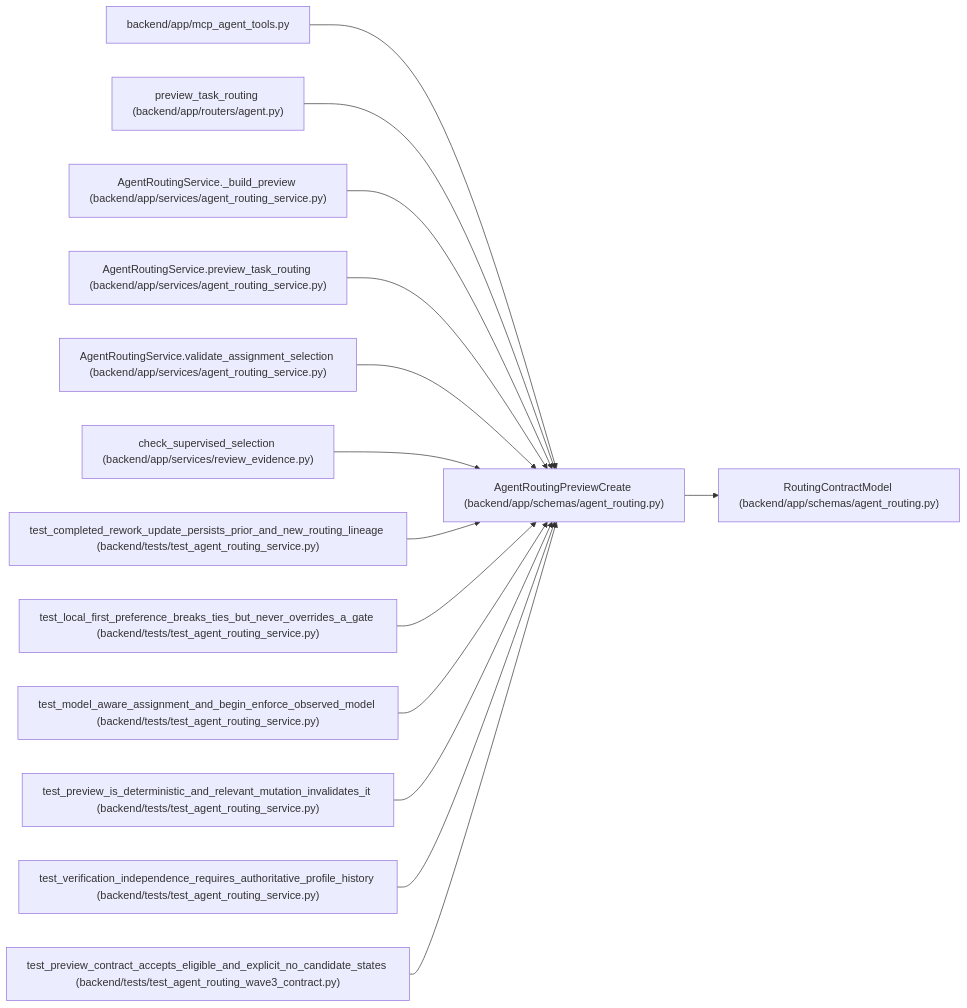
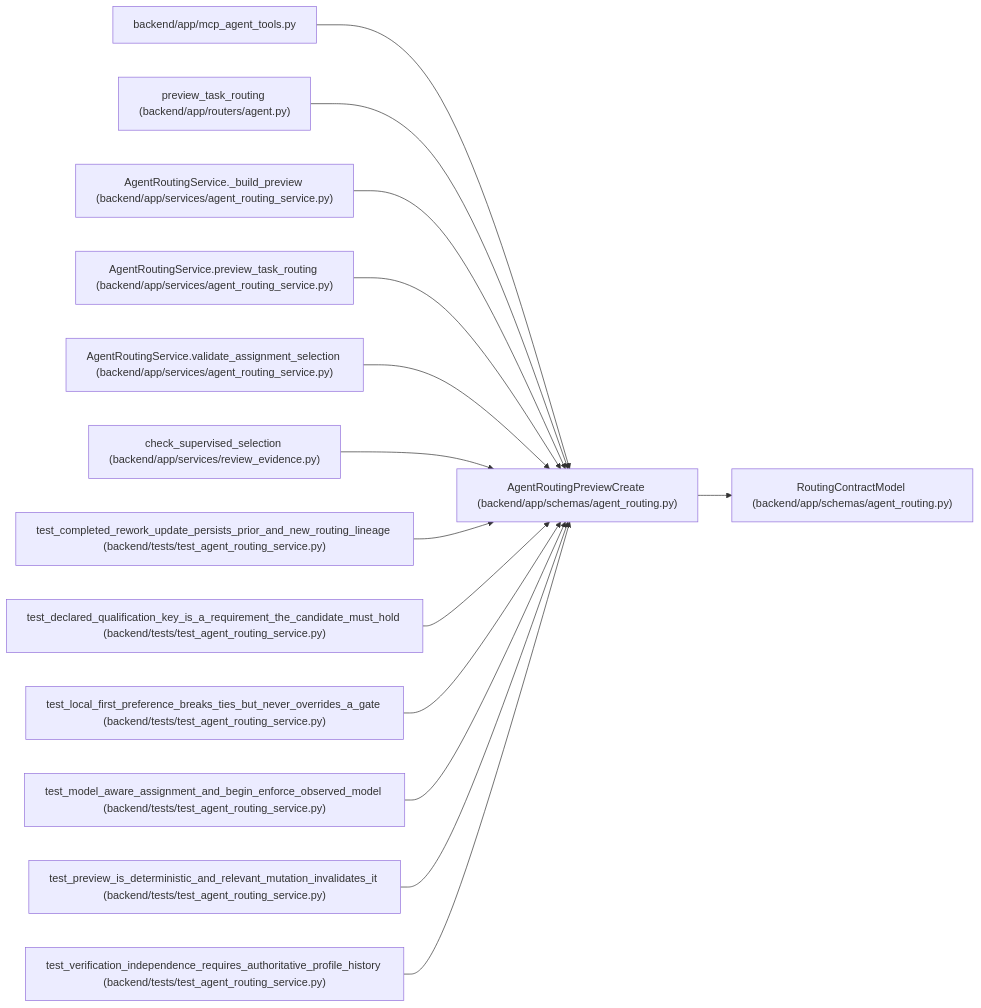
One commit to Denissvgn/WorkChord changed the diagram in docs/llm_wiki/entities/agent_routing_AgentRoutingPreviewCreate.md. Above: the diagram before and after it, drawn with Mermaid. The commit also changed other lines of this file and 911 other files, not shown here.

Commit message:
Sync the architectural wiki for deployment qualification keys

````diff
--- a/docs/llm_wiki/entities/agent_routing_AgentRoutingPreviewCreate.md
+++ b/docs/llm_wiki/entities/agent_routing_AgentRoutingPreviewCreate.md
@@ -40,44 +40,44 @@
 ```mermaid
 flowchart LR
     n0["AgentRoutingPreviewCreate (backend/app/schemas/agent_routing.py)"]
     n1["RoutingContractModel (backend/app/schemas/agent_routing.py)"]
     n2["backend/app/mcp_agent_tools.py"]
     n3["preview_task_routing (backend/app/routers/agent.py)"]
     n4["AgentRoutingService._build_preview (backend/app/services/agent_routing_service.py)"]
     n5["AgentRoutingService.preview_task_routing (backend/app/services/agent_routing_service.py)"]
     n6["AgentRoutingService.validate_assignment_selection (backend/app/services/agent_routing_service.py)"]
     n7["check_supervised_selection (backend/app/services/review_evidence.py)"]
     n8["test_completed_rework_update_persists_prior_and_new_routing_lineage (backend/tests/test_agent_routing_service.py)"]
-    n9["test_local_first_preference_breaks_ties_but_never_overrides_a_gate (backend/tests/test_agent_routing_service.py)"]
-    n10["test_model_aware_assignment_and_begin_enforce_observed_model (backend/tests/test_agent_routing_service.py)"]
-    n11["test_preview_is_deterministic_and_relevant_mutation_invalidates_it (backend/tests/test_agent_routing_service.py)"]
-    n12["test_verification_independence_requires_authoritative_profile_history (backend/tests/test_agent_routing_service.py)"]
-    n13["test_preview_contract_accepts_eligible_and_explicit_no_candidate_states (backend/tests/test_agent_routing_wave3_contract.py)"]
+    n9["test_declared_qualification_key_is_a_requirement_the_candidate_must_hold (backend/tests/test_agent_routing_service.py)"]
+    n10["test_local_first_preference_breaks_ties_but_never_overrides_a_gate (backend/tests/test_agent_routing_service.py)"]
+    n11["test_model_aware_assignment_and_begin_enforce_observed_model (backend/tests/test_agent_routing_service.py)"]
+    n12["test_preview_is_deterministic_and_relevant_mutation_invalidates_it (backend/tests/test_agent_routing_service.py)"]
+    n13["test_verification_independence_requires_authoritative_profile_history (backend/tests/test_agent_routing_service.py)"]
     n0 --> n1
     n2 --> n0
     n3 --> n0
     n4 --> n0
     n5 --> n0
     n6 --> n0
     n7 --> n0
     n8 --> n0
     n9 --> n0
     n10 --> n0
     n11 --> n0
     n12 --> n0
     n13 --> n0
     click n0 "../modules/agent_routing.md"
     click n1 "../modules/agent_routing.md"
     click n2 "../modules/mcp_agent_tools.md"
     click n3 "../modules/routers_agent.md"
     click n4 "../modules/agent_routing_service.md"
     click n5 "../modules/agent_routing_service.md"
     click n6 "../modules/agent_routing_service.md"
     click n7 "../modules/services_review_evidence.md"
     click n8 "../modules/test_agent_routing_service.md"
     click n9 "../modules/test_agent_routing_service.md"
     click n10 "../modules/test_agent_routing_service.md"
     click n11 "../modules/test_agent_routing_service.md"
     click n12 "../modules/test_agent_routing_service.md"
-    click n13 "../modules/test_agent_routing_wave3_contract.md"
+    click n13 "../modules/test_agent_routing_service.md"
 ```
````
